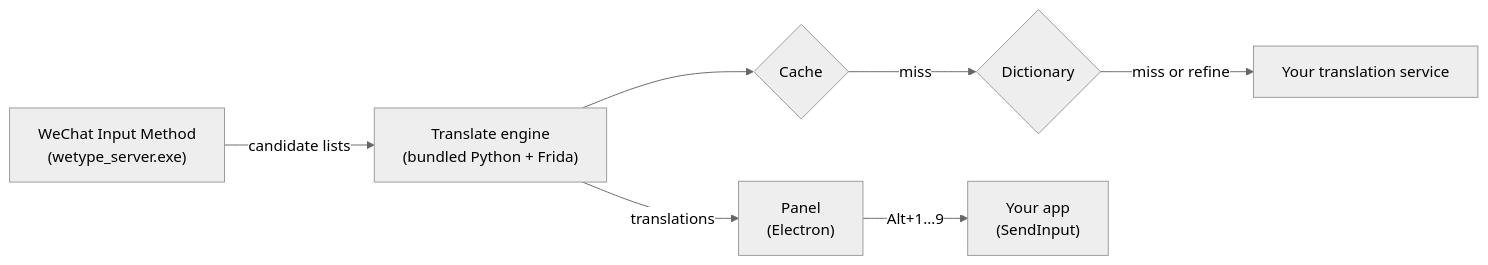
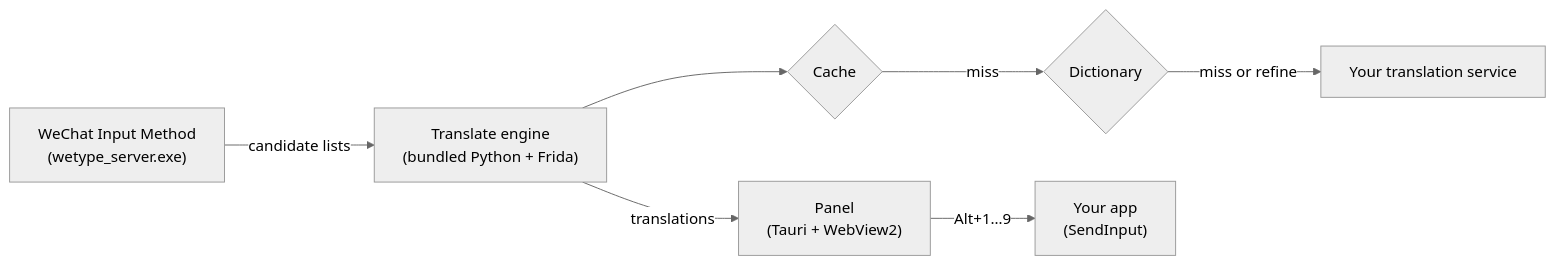
One commit to Rickyevo/translate changed the diagram in README.md. Above: the diagram before and after it, drawn with Mermaid (neutral theme). The commit also changed other lines of this file and 77 other files, not shown here.

First line of the commit message:
0.2.0: Tauri 2 + WebView2 host replaces Electron; panel keeps the typing line clear

````diff
--- a/README.md
+++ b/README.md
@@ -217,9 +218,9 @@
 ```mermaid
 flowchart LR
   A["WeChat Input Method<br/>(wetype_server.exe)"] -- candidate lists --> B["Translate engine<br/>(bundled Python + Frida)"]
   B --> C{"Cache"}
   C -- miss --> D{"Dictionary"}
   D -- miss or refine --> E["Your translation service"]
-  B -- translations --> F["Panel<br/>(Electron)"]
+  B -- translations --> F["Panel<br/>(Tauri + WebView2)"]
   F -- "Alt+1…9" --> G["Your app<br/>(SendInput)"]
 ```
````
